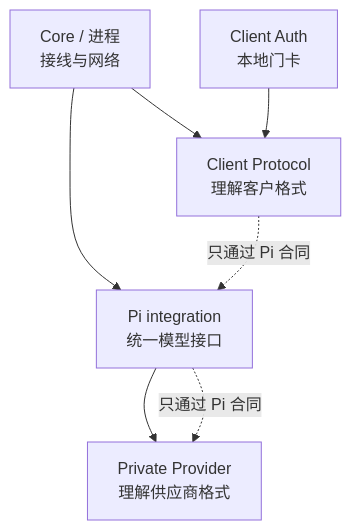
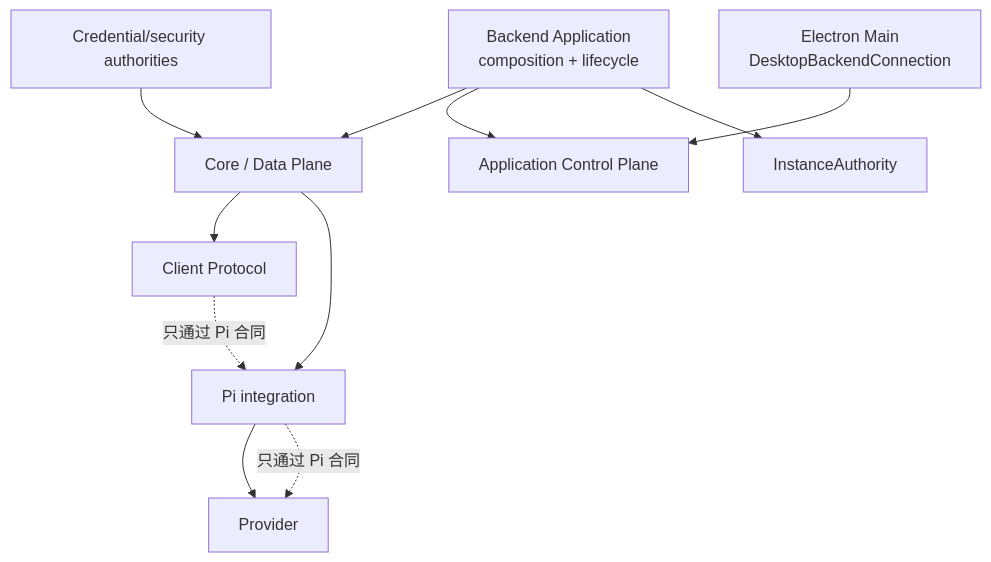
Before and after one commit to keeplearning2026/LuckyToken: diagram 15 of 19 in doc/LuckyTokenArchitecture.md, drawn with Mermaid. The commit also changed other lines of this file and 19 other files, not shown here.

Commit message:
docs: synchronize current architecture and product guidance

````diff
--- a/doc/LuckyTokenArchitecture.md
+++ b/doc/LuckyTokenArchitecture.md
@@ -2135,9 +2087,13 @@
 ```mermaid
 flowchart TB
-    CORE["Core / 进程\n接线与网络"] --> CP["Client Protocol\n理解客户格式"]
-    CORE --> PI["Pi integration\n统一模型接口"]
-    PI --> PV["Private Provider\n理解供应商格式"]
-    AUTH["Client Auth\n本地门卡"] --> CP
+    APP["Backend Application\ncomposition + lifecycle"] --> CORE["Core / Data Plane"]
+    APP --> CPCTL["Application Control Plane"]
+    APP --> IA["InstanceAuthority"]
+    DESK["Electron Main\nDesktopBackendConnection"] --> CPCTL
+    CORE --> CP["Client Protocol"]
+    CORE --> PI["Pi integration"]
+    PI --> PV["Provider"]
+    SEC["Credential/security authorities"] --> CORE
     CP -. "只通过 Pi 合同" .-> PI
     PI -. "只通过 Pi 合同" .-> PV
 ```
````
